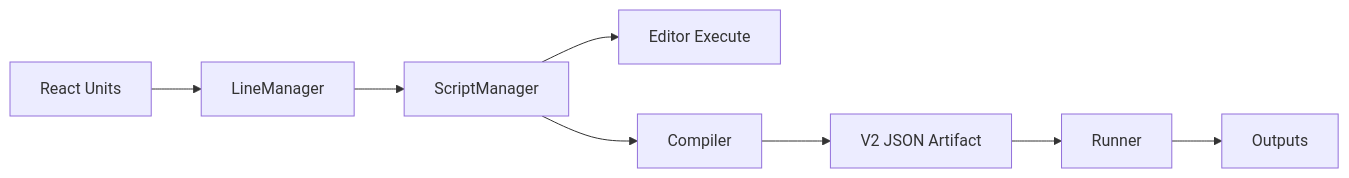
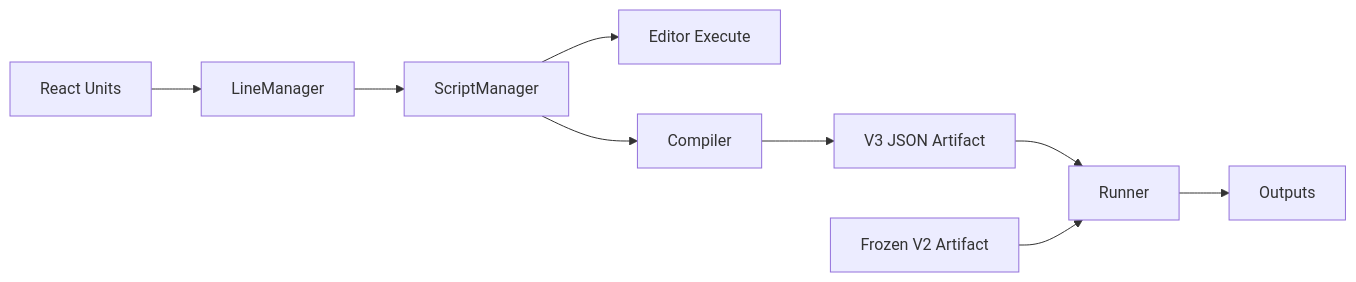
One commit to cornellev/ev-sim changed the diagram in docs/scripting/architecture.md. Above: the diagram before and after it, drawn with Mermaid. The commit also changed other lines of this file and 27 other files, not shown here.

````diff
--- a/docs/scripting/architecture.md
+++ b/docs/scripting/architecture.md
@@ -5,10 +5,11 @@
 ```mermaid
 flowchart LR
   reactUnits[React Units] --> lineManager[LineManager]
   lineManager --> scriptManager[ScriptManager]
   scriptManager --> editorExecute[Editor Execute]
   scriptManager --> compiler[Compiler]
-  compiler --> artifact[V2 JSON Artifact]
+  compiler --> artifact[V3 JSON Artifact]
   artifact --> runner[Runner]
+  frozenV2[Frozen V2 Artifact] --> runner
   runner --> compiledOutputs[Outputs]
 ```
````
